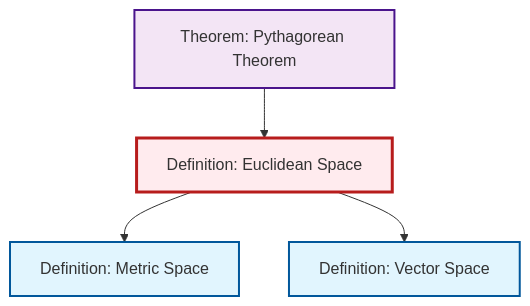
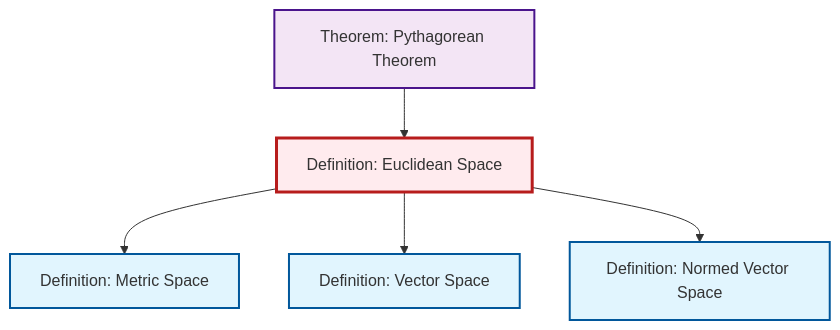
Before and after one commit to RK0429/ModernMath: the second of 2 diagrams in content/en/geometry/def-euclidean-space.qmd, drawn with Mermaid. The commit also changed other lines of this file and 17 other files, not shown here.

First line of the commit message:
feat: Add Hilbert space definition with comprehensive cross-references

````diff
--- a/content/en/geometry/def-euclidean-space.qmd
+++ b/content/en/geometry/def-euclidean-space.qmd
@@ -68,20 +69,23 @@
 ```{mermaid}
 %%| fig-cap: "Local dependency graph"
 graph TD
     classDef definition fill:#e1f5fe,stroke:#01579b,stroke-width:2px
     classDef theorem fill:#f3e5f5,stroke:#4a148c,stroke-width:2px
     classDef axiom fill:#fff3e0,stroke:#e65100,stroke-width:2px
     classDef example fill:#e8f5e9,stroke:#1b5e20,stroke-width:2px
     classDef current fill:#ffebee,stroke:#b71c1c,stroke-width:3px
     def-vector-space["Definition: Vector Space"]:::definition
+    def-normed-vector-space["Definition: Normed Vector Space"]:::definition
+    def-euclidean-space["Definition: Euclidean Space"]:::definition
+    def-metric-space["Definition: Metric Space"]:::definition
     thm-pythagorean["Theorem: Pythagorean Theorem"]:::theorem
-    def-metric-space["Definition: Metric Space"]:::definition
-    def-euclidean-space["Definition: Euclidean Space"]:::definition
     def-euclidean-space --> def-metric-space
+    thm-pythagorean --> def-euclidean-space
     def-euclidean-space --> def-vector-space
-    thm-pythagorean --> def-euclidean-space
+    def-euclidean-space --> def-normed-vector-space
     class def-euclidean-space current
     click def-vector-space "def-vector-space.html" "Go to Vector Space definition"
+    click def-normed-vector-space "def-normed-vector-space.html" "Go to Normed Vector Space definition"
+    click def-metric-space "def-metric-space.html" "Go to Metric Space definition"
     click thm-pythagorean "thm-pythagorean.html" "Go to Pythagorean Theorem theorem"
-    click def-metric-space "def-metric-space.html" "Go to Metric Space definition"
 ```
````
